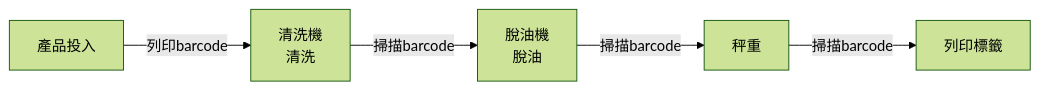
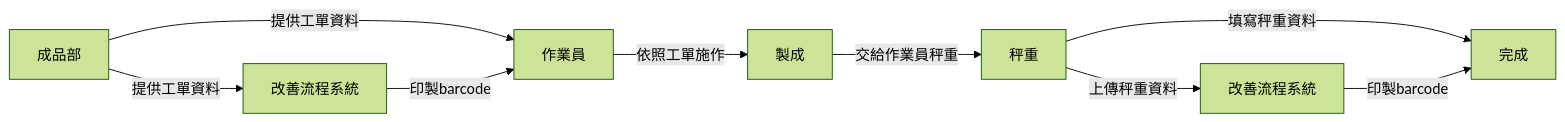
Before and after one commit to ericchou42/OptimizationFlow: the first of 2 diagrams in README.md, drawn with Mermaid (forest theme). The commit also changed other lines of this file, not shown here.

````diff
--- a/README.md
+++ b/README.md
@@ -5,15 +5,20 @@
 ```mermaid
 graph LR;
 
-A[產品投入]
-B[清洗機<br>清洗]
-C[脫油機<br>脫油]
+A[成品部]
+B[作業員]
+C[製成]
 D[秤重]
-E[列印標籤]
+E[完成]
+F[改善流程系統]
+G[改善流程系統]
 
-
-A --> |列印barcode|B
-B --> |掃描barcode|C
-C --> |掃描barcode|D
-D --> |掃描barcode|E
+A --> |提供工單資料|B
+A --> |提供工單資料|F
+F --> |印製barcode|B
+B --> |依照工單施作|C
+C --> |交給作業員秤重|D
+D --> |填寫秤重資料|E
+D --> |上傳秤重資料|G
+G --> |印製barcode|E
 ```
````
